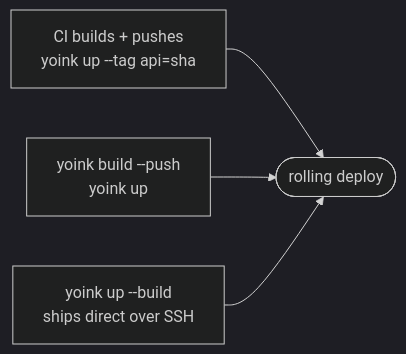
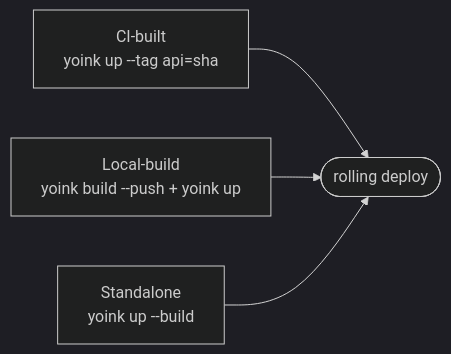
The diagram in docs/content/docs/guide/deploy-modes.md (oddur/yoink), drawn with Mermaid (dark theme) before and after one commit. The commit also changed 2 other files, not shown here.

Commit message:
docs: simplify mermaid diagrams — fewer nodes, balanced dimensions

````diff
--- a/docs/content/docs/guide/deploy-modes.md
+++ b/docs/content/docs/guide/deploy-modes.md
@@ -24,7 +24,7 @@
 ```mermaid
 flowchart LR
-    CI["CI builds + pushes\nyoink up --tag api=sha"] --> D
-    Local["yoink build --push\nyoink up"] --> D
-    Standalone["yoink up --build\nships direct over SSH"] --> D
-    D([rolling deploy])
+    Deploy([rolling deploy])
+    CI["CI-built\nyoink up --tag api=sha"] --> Deploy
+    Local["Local-build\nyoink build --push + yoink up"] --> Deploy
+    Standalone["Standalone\nyoink up --build"] --> Deploy
 ```
````
